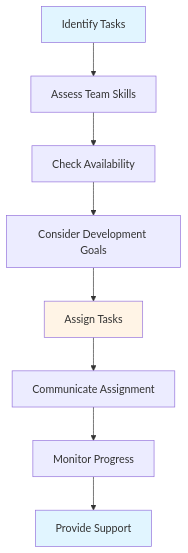
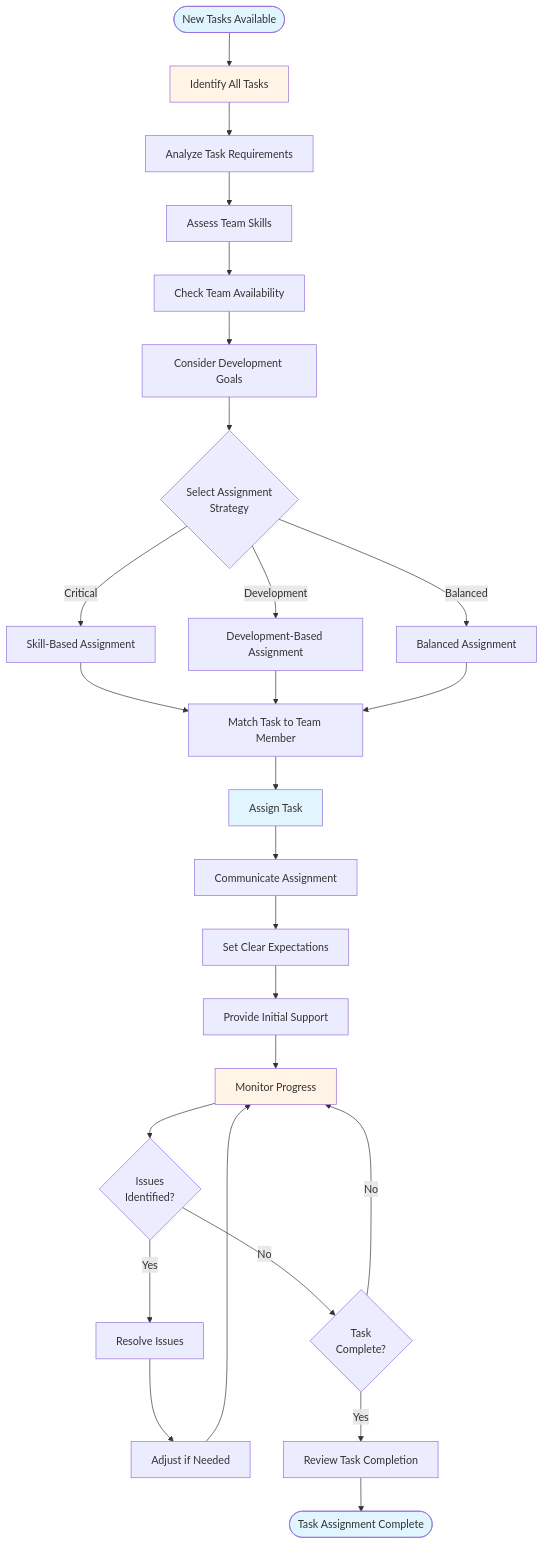
One commit to iouthnamain/tech-note changed the first of 7 diagrams in PM-Guides/TEAM_MANAGEMENT_LEADERSHIP_GUIDE.md. Above: the diagram before and after it, drawn with Mermaid. The commit also changed other lines of this file and 68 other files, not shown here.

````diff
--- a/PM-Guides/TEAM_MANAGEMENT_LEADERSHIP_GUIDE.md
+++ b/PM-Guides/TEAM_MANAGEMENT_LEADERSHIP_GUIDE.md
@@ -52,14 +52,41 @@
 ```mermaid
-graph TD
-    A[Identify Tasks] --> B[Assess Team Skills]
-    B --> C[Check Availability]
-    C --> D[Consider Development Goals]
-    D --> E[Assign Tasks]
-    E --> F[Communicate Assignment]
-    F --> G[Monitor Progress]
-    G --> H[Provide Support]
+flowchart TD
+    Start([New Tasks Available]) --> Identify[Identify All Tasks]
+    Identify --> Analyze[Analyze Task Requirements]
     
-    style A fill:#e1f5ff
-    style E fill:#fff4e6
-    style H fill:#e1f5ff
+    Analyze --> AssessSkills[Assess Team Skills]
+    AssessSkills --> CheckAvailability[Check Team Availability]
+    CheckAvailability --> ConsiderGoals[Consider Development Goals]
+    
+    ConsiderGoals --> SelectStrategy{Select Assignment<br/>Strategy}
+    SelectStrategy -->|Critical| SkillBased[Skill-Based Assignment]
+    SelectStrategy -->|Development| DevBased[Development-Based Assignment]
+    SelectStrategy -->|Balanced| Balanced[Balanced Assignment]
+    
+    SkillBased --> Match[Match Task to Team Member]
+    DevBased --> Match
+    Balanced --> Match
+    
+    Match --> Assign[Assign Task]
+    Assign --> Communicate[Communicate Assignment]
+    Communicate --> SetExpectations[Set Clear Expectations]
+    SetExpectations --> ProvideSupport[Provide Initial Support]
+    
+    ProvideSupport --> Monitor[Monitor Progress]
+    Monitor --> Issues{Issues<br/>Identified?}
+    
+    Issues -->|Yes| Resolve[Resolve Issues]
+    Resolve --> Adjust[Adjust if Needed]
+    Adjust --> Monitor
+    
+    Issues -->|No| Complete{Task<br/>Complete?}
+    Complete -->|No| Monitor
+    Complete -->|Yes| Review[Review Task Completion]
+    Review --> End([Task Assignment Complete])
+    
+    style Start fill:#e1f5ff
+    style Identify fill:#fff4e6
+    style Assign fill:#e1f5ff
+    style Monitor fill:#fff4e6
+    style End fill:#e1f5ff
 ```
````
